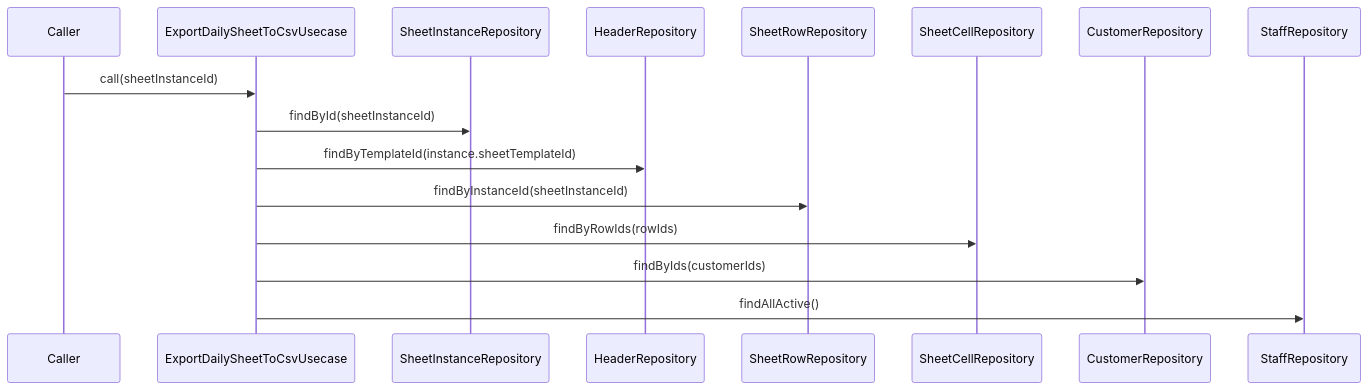
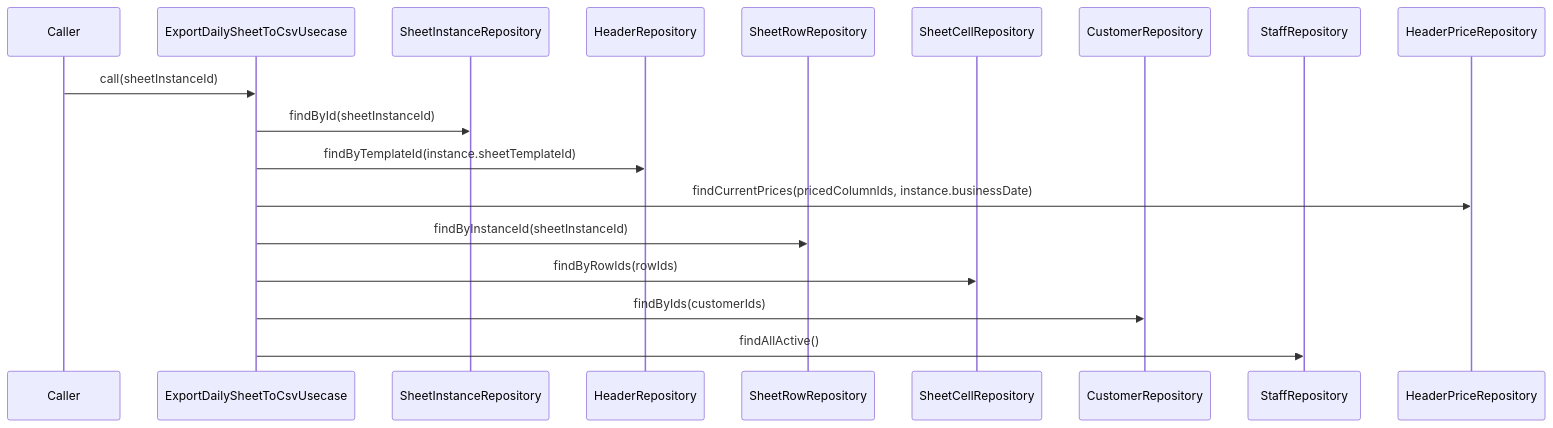
Before and after one commit to MinamiyamaKotaro/m3_pad: the diagram in docs/design/lib/src/features/voucher/domain/usecases/export_daily_sheet_to_csv_usecase.md, drawn with Mermaid. The commit also changed other lines of this file and 29 other files, not shown here.

````diff
--- a/docs/design/lib/src/features/voucher/domain/usecases/export_daily_sheet_to_csv_usecase.md
+++ b/docs/design/lib/src/features/voucher/domain/usecases/export_daily_sheet_to_csv_usecase.md
@@ -16,19 +17,21 @@
 ```mermaid
 sequenceDiagram
     participant C as Caller
     participant U as ExportDailySheetToCsvUsecase
     participant SIR as SheetInstanceRepository
     participant HR as HeaderRepository
     participant SRR as SheetRowRepository
     participant SCR as SheetCellRepository
     participant CR as CustomerRepository
     participant STR as StaffRepository
+    participant HPR as HeaderPriceRepository
 
     C->>U: call(sheetInstanceId)
     U->>SIR: findById(sheetInstanceId)
     U->>HR: findByTemplateId(instance.sheetTemplateId)
+    U->>HPR: findCurrentPrices(pricedColumnIds, instance.businessDate)
     U->>SRR: findByInstanceId(sheetInstanceId)
     U->>SCR: findByRowIds(rowIds)
     U->>CR: findByIds(customerIds)
     U->>STR: findAllActive()
 ```
````
